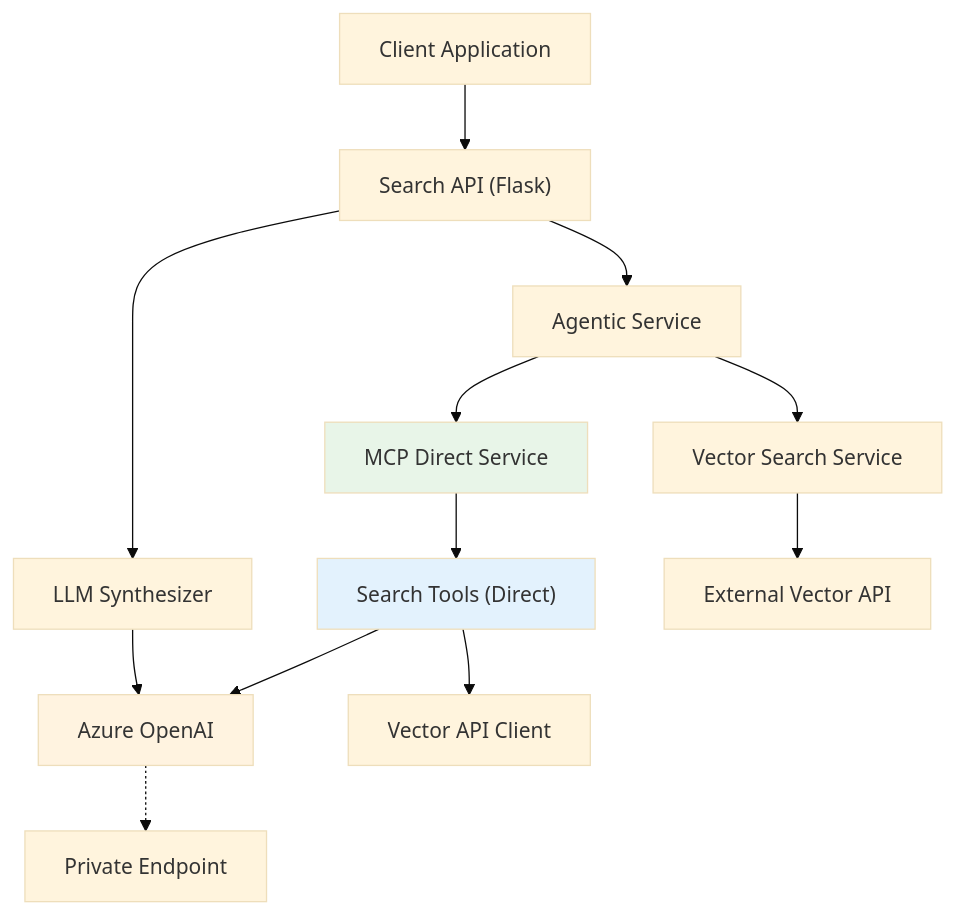
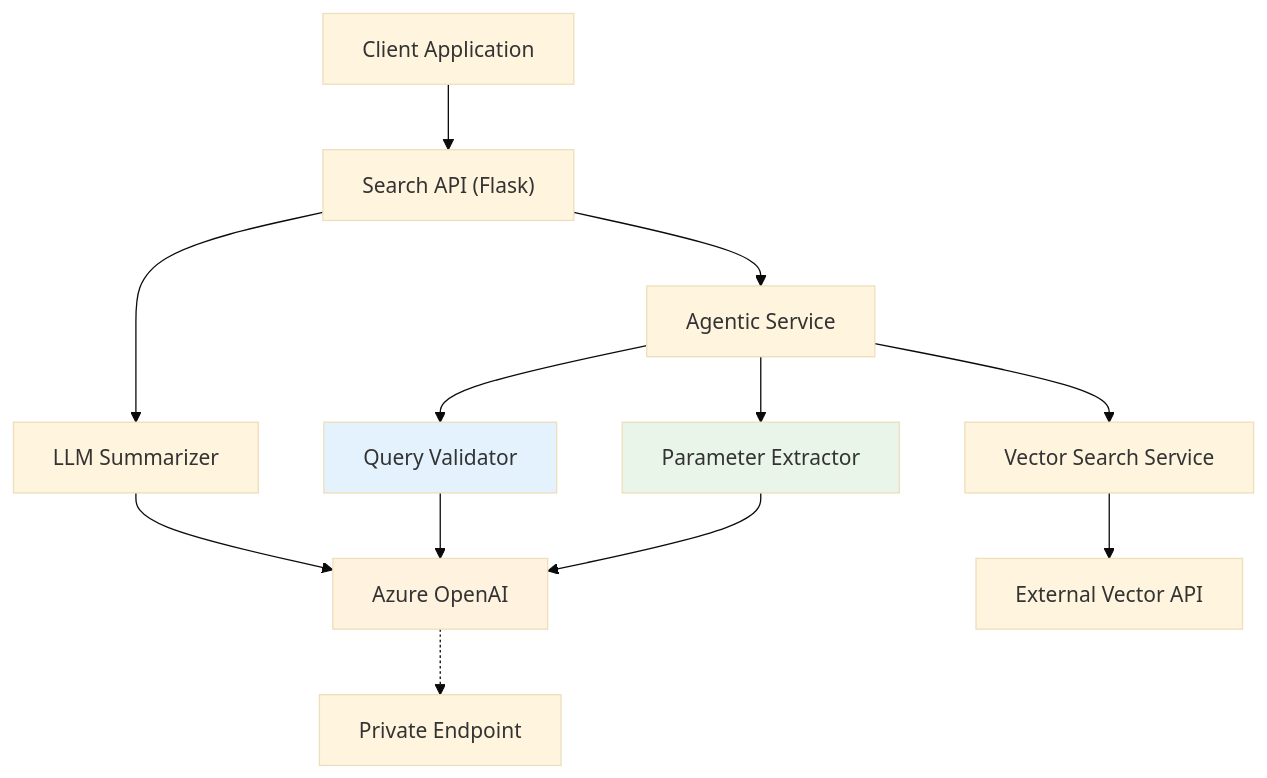
The second of 3 diagrams in search-api/DOCUMENTATION.md (bcgov/EPIC.search), drawn with Mermaid (base theme) before and after one commit. The commit also changed other lines of this file and 54 other files, not shown here.

Commit message:
switch back to basic LLM integration and logic over MCP

````diff
--- a/search-api/DOCUMENTATION.md
+++ b/search-api/DOCUMENTATION.md
@@ -67,18 +70,18 @@
 ```mermaid
 flowchart TD
     Client["Client Application"] --> SearchAPI["Search API (Flask)"]
     SearchAPI --> AgenticService["Agentic Service"] 
-    AgenticService --> MCPDirect["MCP Direct Service"]
-    MCPDirect --> SearchTools["Search Tools (Direct)"]
-    SearchTools --> AzureOpenAI["Azure OpenAI"]
-    SearchTools --> VectorClient["Vector API Client"]
+    AgenticService --> ParameterExtractor["Parameter Extractor"]
+    AgenticService --> QueryValidator["Query Validator"]
+    ParameterExtractor --> AzureOpenAI["Azure OpenAI"]
+    QueryValidator --> AzureOpenAI
     AgenticService --> VectorSearch["Vector Search Service"]
-    SearchAPI --> Synthesizer["LLM Synthesizer"]
-    Synthesizer --> AzureOpenAI
+    SearchAPI --> Summarizer["LLM Summarizer"]
+    Summarizer --> AzureOpenAI
     VectorSearch --> ExternalVector["External Vector API"]
     AzureOpenAI -.-> PrivateEndpoint["Private Endpoint"]
     
     style AzureOpenAI fill:#fff3e0
-    style MCPDirect fill:#e8f5e8
-    style SearchTools fill:#e3f2fd
+    style ParameterExtractor fill:#e8f5e8
+    style QueryValidator fill:#e3f2fd
 ```
````
